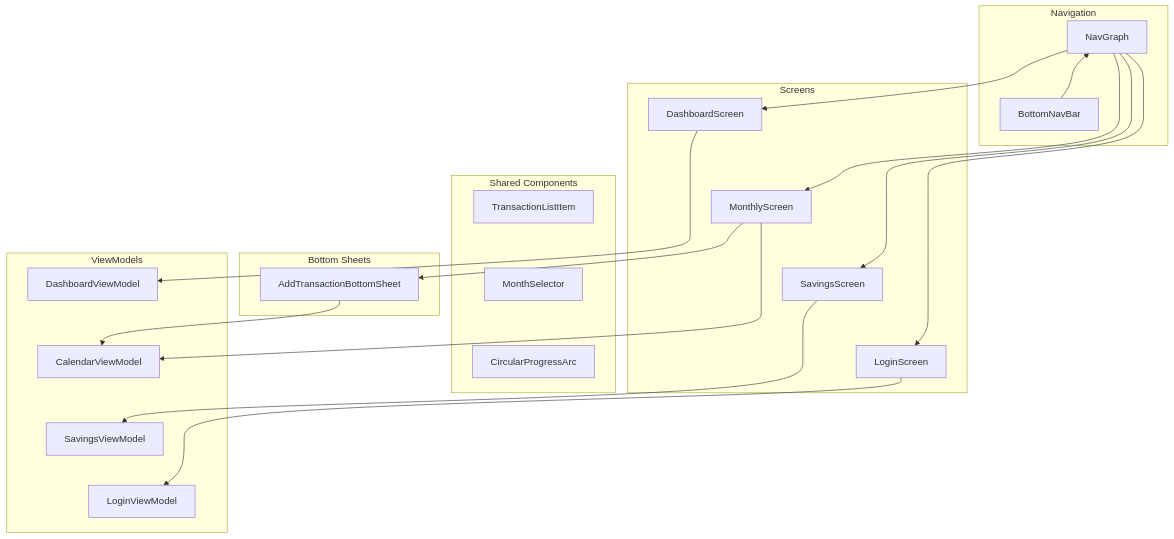
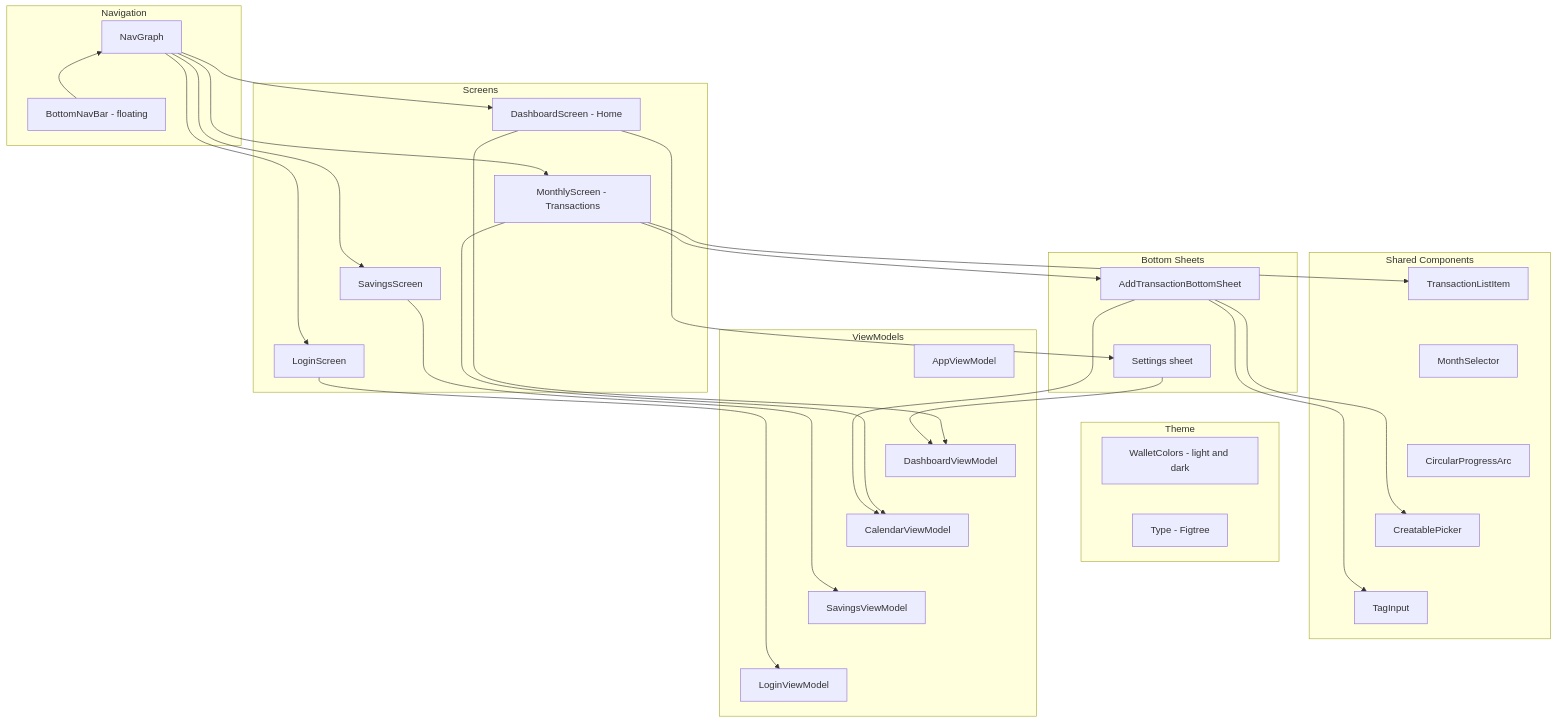
One commit to JFfarrell/financesApp changed the diagram in docs/architecture/04_ui.md. Above: the diagram before and after it, drawn with Mermaid. The commit also changed other lines of this file and 35 other files, not shown here.

````diff
--- a/docs/architecture/04_ui.md
+++ b/docs/architecture/04_ui.md
@@ -5,48 +5,62 @@
 ```mermaid
 graph TD
 
+    subgraph Theme["Theme"]
+        WC["WalletColors - light and dark"]
+        WC ~~~ TY["Type - Figtree"]
+    end
+
     subgraph Navigation["Navigation"]
         NG["NavGraph"]
-        NG ~~~ BNB["BottomNavBar"]
+        NG ~~~ BNB["BottomNavBar - floating"]
     end
 
     subgraph Screens["Screens"]
-        DS["DashboardScreen"]
-        DS ~~~ MS["MonthlyScreen"]
+        DS["DashboardScreen - Home"]
+        DS ~~~ MS["MonthlyScreen - Transactions"]
         MS ~~~ SS["SavingsScreen"]
         SS ~~~ LS["LoginScreen"]
     end
 
     subgraph Sheets["Bottom Sheets"]
         ATS["AddTransactionBottomSheet"]
+        ATS ~~~ SET["Settings sheet"]
     end
 
     subgraph Components["Shared Components"]
         TLI["TransactionListItem"]
         TLI ~~~ MS2["MonthSelector"]
         MS2 ~~~ CPA["CircularProgressArc"]
+        CPA ~~~ CP["CreatablePicker"]
+        CP ~~~ TI["TagInput"]
     end
 
     subgraph ViewModels["ViewModels"]
-        DVM["DashboardViewModel"]
+        AVM["AppViewModel"]
+        AVM ~~~ DVM["DashboardViewModel"]
         DVM ~~~ CVM["CalendarViewModel"]
         CVM ~~~ SVM["SavingsViewModel"]
         SVM ~~~ LVM["LoginViewModel"]
     end
 
     BNB --> NG
     NG --> DS
     NG --> MS
     NG --> SS
     NG --> LS
 
     DS --> DVM
+    DS --> SET
+    SET --> DVM
     MS --> CVM
     SS --> SVM
     LS --> LVM
 
     MS --> ATS
+    ATS --> CP
+    ATS --> TI
     ATS --> CVM
+    MS --> TLI
 
-    DS ~~~ TLI
+    AVM ~~~ WC
 ```
````
